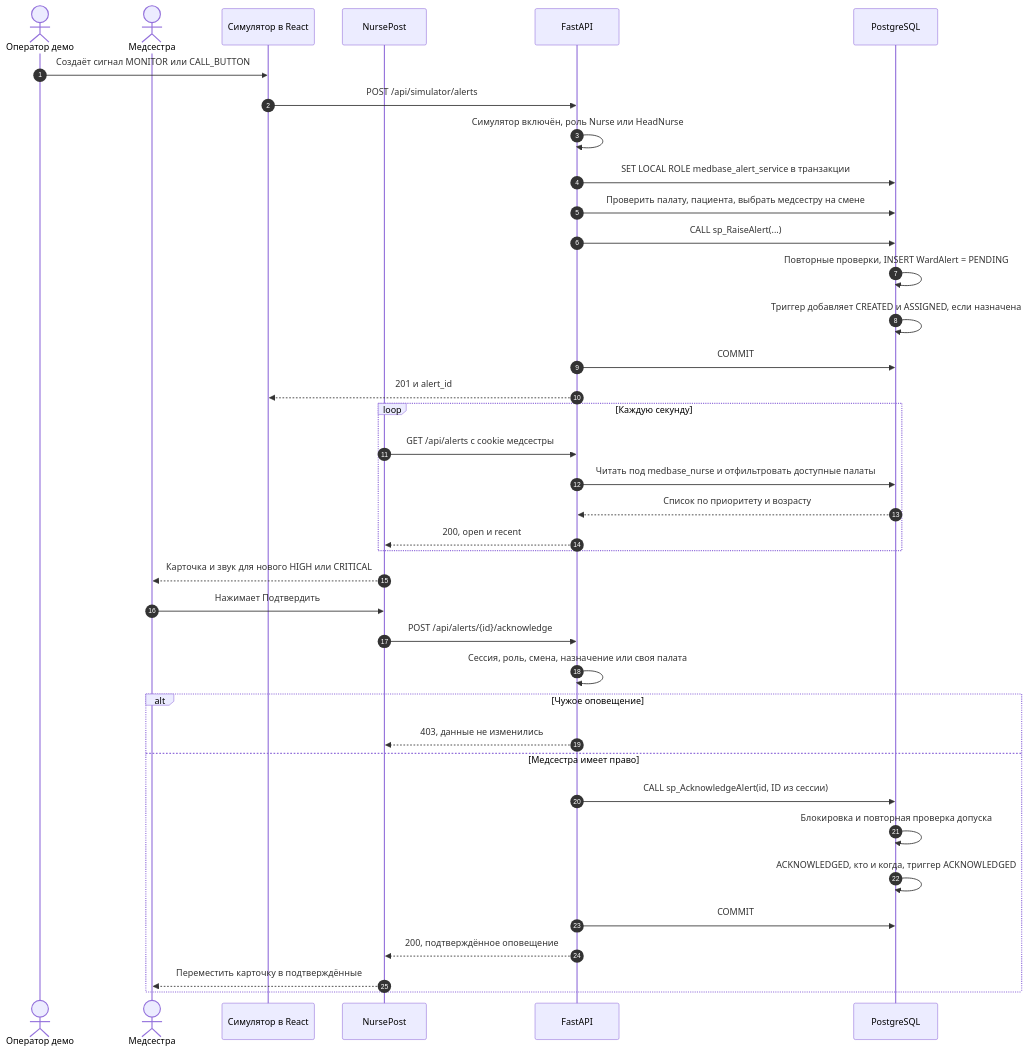
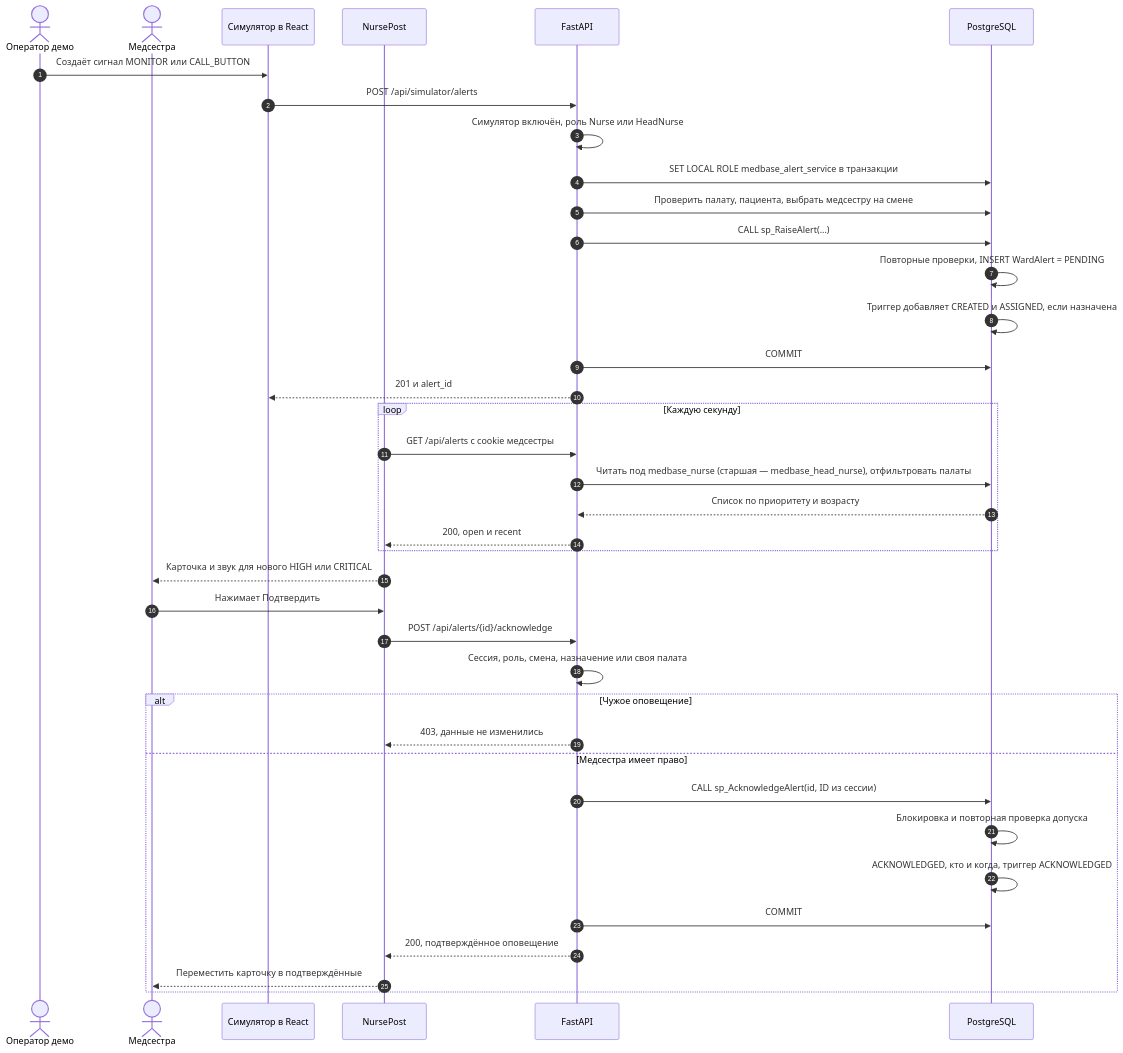
One commit to Theleriz/Hospital-Ward-Management changed the fifth of 6 diagrams in docs/sequence-diagrams.md. Above: the diagram before and after it, drawn with Mermaid. The commit also changed other lines of this file and 2 other files, not shown here.

First line of the commit message:
Test head nurse report permissions after merging T-27

````diff
--- a/docs/sequence-diagrams.md
+++ b/docs/sequence-diagrams.md
@@ -196,40 +196,40 @@
 ```mermaid
 sequenceDiagram
     autonumber
     actor Operator as Оператор демо
     actor Nurse as Медсестра
     participant Sim as Симулятор в React
     participant Post as NursePost
     participant API as FastAPI
     participant DB as PostgreSQL
     Operator->>Sim: Создаёт сигнал MONITOR или CALL_BUTTON
     Sim->>API: POST /api/simulator/alerts
     API->>API: Симулятор включён, роль Nurse или HeadNurse
     API->>DB: SET LOCAL ROLE medbase_alert_service в транзакции
     API->>DB: Проверить палату, пациента, выбрать медсестру на смене
     API->>DB: CALL sp_RaiseAlert(...)
     DB->>DB: Повторные проверки, INSERT WardAlert = PENDING
     DB->>DB: Триггер добавляет CREATED и ASSIGNED, если назначена
     API->>DB: COMMIT
     API-->>Sim: 201 и alert_id
     loop Каждую секунду
         Post->>API: GET /api/alerts с cookie медсестры
-        API->>DB: Читать под medbase_nurse и отфильтровать доступные палаты
+        API->>DB: Читать под medbase_nurse (старшая — medbase_head_nurse), отфильтровать палаты
         DB-->>API: Список по приоритету и возрасту
         API-->>Post: 200, open и recent
     end
     Post-->>Nurse: Карточка и звук для нового HIGH или CRITICAL
     Nurse->>Post: Нажимает Подтвердить
     Post->>API: POST /api/alerts/{id}/acknowledge
     API->>API: Сессия, роль, смена, назначение или своя палата
     alt Чужое оповещение
         API-->>Post: 403, данные не изменились
     else Медсестра имеет право
         API->>DB: CALL sp_AcknowledgeAlert(id, ID из сессии)
         DB->>DB: Блокировка и повторная проверка допуска
         DB->>DB: ACKNOWLEDGED, кто и когда, триггер ACKNOWLEDGED
         API->>DB: COMMIT
         API-->>Post: 200, подтверждённое оповещение
         Post-->>Nurse: Переместить карточку в подтверждённые
     end
 ```
````
